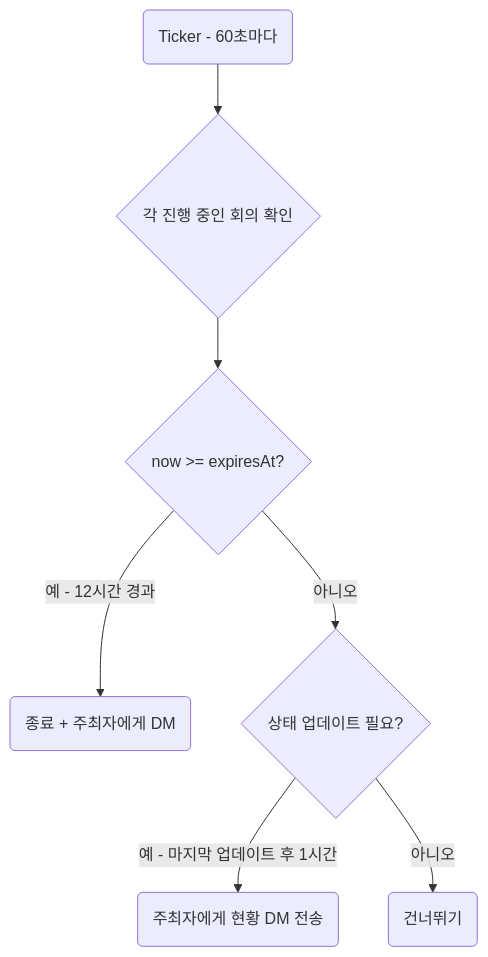
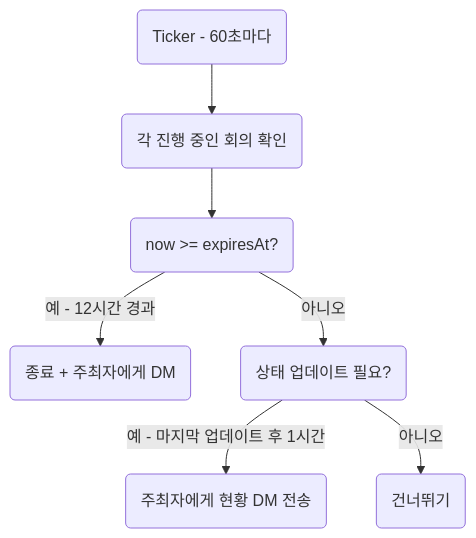
One commit to javana3/claw_meeting_all changed the sixth of 7 diagrams in README.ko.md. Above: the diagram before and after it, drawn with Mermaid. The commit also changed other lines of this file and 4 other files, not shown here.

First line of the commit message:
docs: round all diagram nodes and update colors across 5 languages

````diff
--- a/README.ko.md
+++ b/README.ko.md
@@ -157,9 +157,9 @@
 ```mermaid
 graph TD
-    A(Ticker - 60초마다) --> B{각 진행 중인 회의 확인}
-    B --> C{now >= expiresAt?}
+    A(Ticker - 60초마다) --> B(각 진행 중인 회의 확인)
+    B --> C(now >= expiresAt?)
     C -->|예 - 12시간 경과| D(종료 + 주최자에게 DM)
-    C -->|아니오| E{상태 업데이트 필요?}
+    C -->|아니오| E(상태 업데이트 필요?)
     E -->|예 - 마지막 업데이트 후 1시간| F(주최자에게 현황 DM 전송)
     E -->|아니오| G(건너뛰기)
 ```
````
